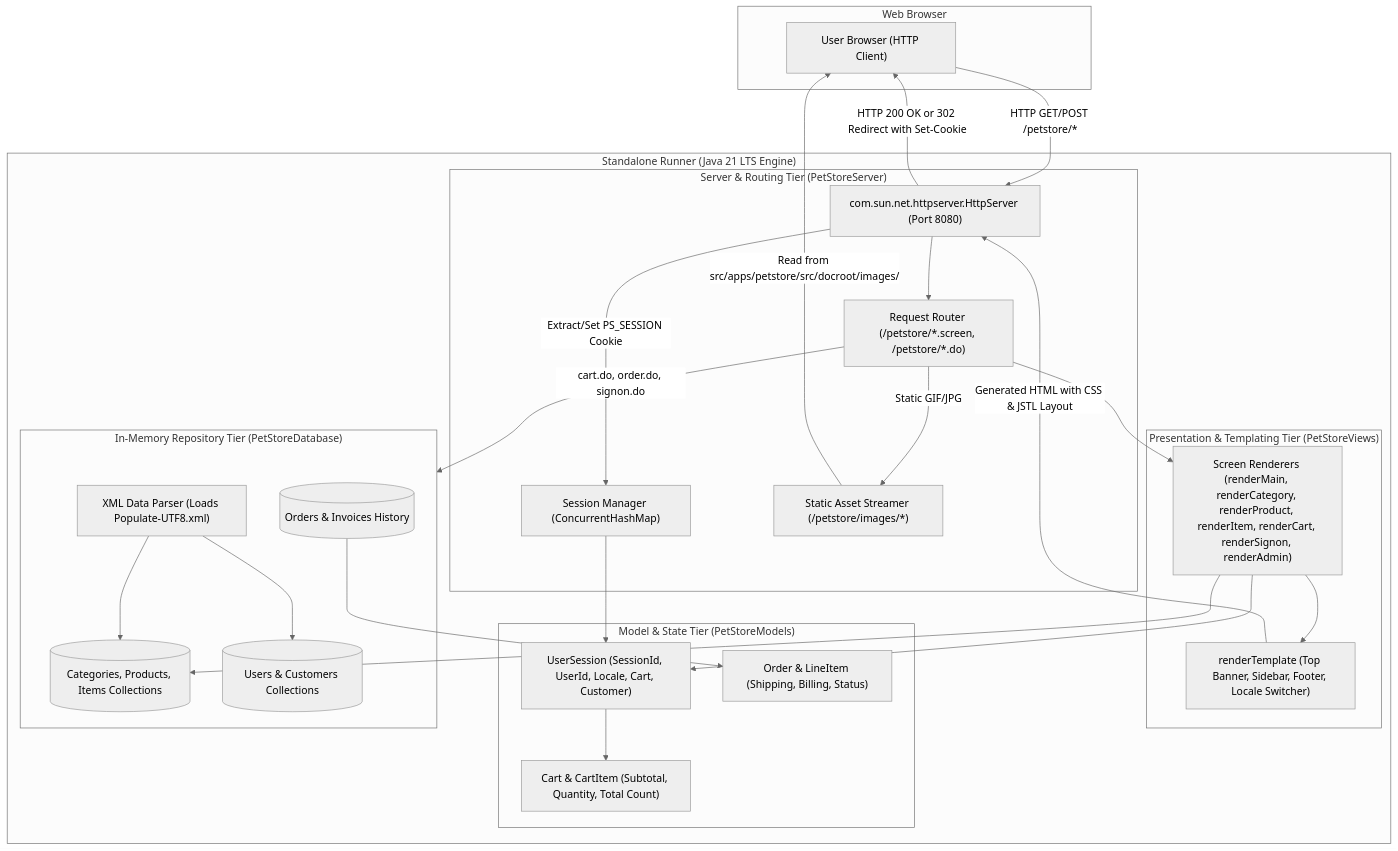
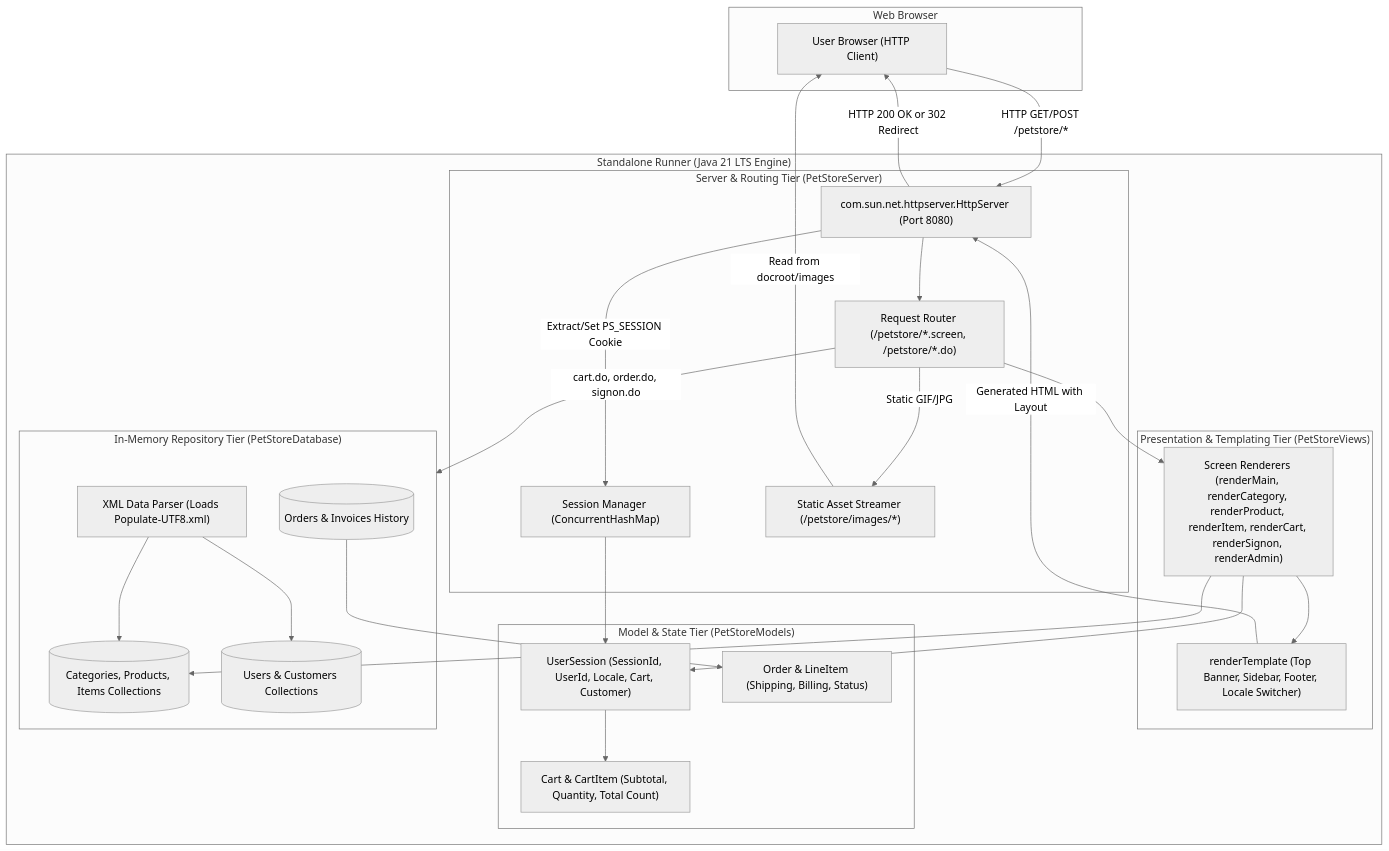
Before and after one commit to deepeshgodara/petstore-migration: the first of 2 diagrams in runner/README.md, drawn with Mermaid (neutral theme). The commit also changed 5 other files, not shown here.

Commit message:
fix(docs): quote Mermaid diagram edge and node labels to ensure clean GitHub rendering

````diff
--- a/runner/README.md
+++ b/runner/README.md
@@ -12,57 +12,57 @@
 ```mermaid
 flowchart TB
     subgraph Client["Web Browser"]
         Browser["User Browser (HTTP Client)"]
     end
 
     subgraph RunnerEngine["Standalone Runner (Java 21 LTS Engine)"]
         
         subgraph ServerTier["Server & Routing Tier (PetStoreServer)"]
             HttpServer["com.sun.net.httpserver.HttpServer (Port 8080)"]
             SessionManager["Session Manager (ConcurrentHashMap<String, UserSession>)"]
             Router["Request Router (/petstore/*.screen, /petstore/*.do)"]
             ImageStreamer["Static Asset Streamer (/petstore/images/*)"]
         end
 
         subgraph ViewTier["Presentation & Templating Tier (PetStoreViews)"]
             TemplateEngine["renderTemplate (Top Banner, Sidebar, Footer, Locale Switcher)"]
             ScreenViews["Screen Renderers (renderMain, renderCategory, renderProduct, renderItem, renderCart, renderSignon, renderAdmin)"]
         end
 
         subgraph ModelTier["Model & State Tier (PetStoreModels)"]
             SessionModel["UserSession (SessionId, UserId, Locale, Cart, Customer)"]
             CartModel["Cart & CartItem (Subtotal, Quantity, Total Count)"]
             OrderModel["Order & LineItem (Shipping, Billing, Status)"]
         end
 
         subgraph DataTier["In-Memory Repository Tier (PetStoreDatabase)"]
             DataParser["XML Data Parser (Loads Populate-UTF8.xml)"]
             CatalogRepo[("Categories, Products, Items Collections")]
             UserRepo[("Users & Customers Collections")]
             OrderRepo[("Orders & Invoices History")]
         end
     end
 
     %% Client communication
-    Browser -->|HTTP GET/POST /petstore/*| HttpServer
-    HttpServer -->|Extract/Set PS_SESSION Cookie| SessionManager
+    Browser -->|"HTTP GET/POST /petstore/*"| HttpServer
+    HttpServer -->|"Extract/Set PS_SESSION Cookie"| SessionManager
     SessionManager --> SessionModel
     HttpServer --> Router
-    Router -->|Static GIF/JPG| ImageStreamer
-    ImageStreamer -->|Read from src/apps/petstore/src/docroot/images/| Browser
+    Router -->|"Static GIF/JPG"| ImageStreamer
+    ImageStreamer -->|"Read from docroot/images"| Browser
 
     %% Routing to Views
     Router --> ScreenViews
     ScreenViews --> TemplateEngine
-    TemplateEngine -->|Generated HTML with CSS & JSTL Layout| HttpServer
-    HttpServer -->|HTTP 200 OK or 302 Redirect with Set-Cookie| Browser
+    TemplateEngine -->|"Generated HTML with Layout"| HttpServer
+    HttpServer -->|"HTTP 200 OK or 302 Redirect"| Browser
 
     %% Interaction with Database & Models
     ScreenViews --> CatalogRepo
     ScreenViews --> SessionModel
     SessionModel --> CartModel
-    Router -->|cart.do, order.do, signon.do| DataTier
+    Router -->|"cart.do, order.do, signon.do"| DataTier
     DataParser --> CatalogRepo
     DataParser --> UserRepo
     OrderRepo --> OrderModel
 ```
````
